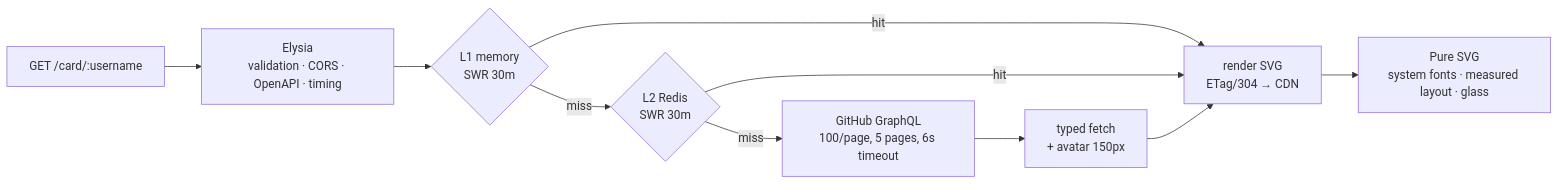
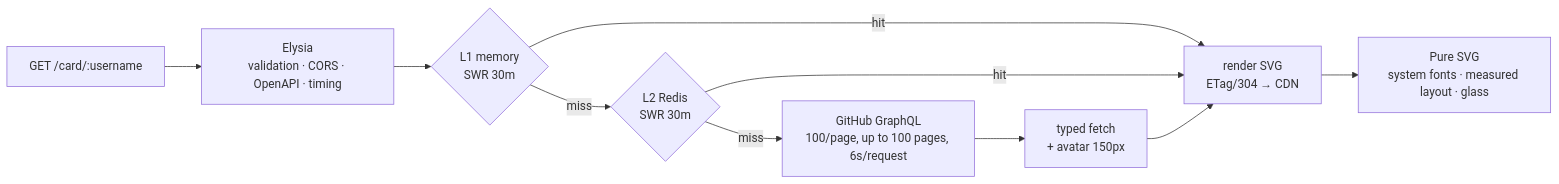
The diagram in README.md (ShiinaSaku/Github-Card), drawn with Mermaid before and after one commit. The commit also changed other lines of this file, not shown here.

````diff
--- a/README.md
+++ b/README.md
@@ -217,12 +244,12 @@
 ```mermaid
 flowchart LR
   A[GET /card/:username] --> B[Elysia<br/>validation · CORS · OpenAPI · timing]
   B --> C{L1 memory<br/>SWR 30m}
   C -- hit --> G[render SVG<br/>ETag/304 → CDN]
   C -- miss --> D{L2 Redis<br/>SWR 30m}
   D -- hit --> G
-  D -- miss --> E[GitHub GraphQL<br/>100/page, 5 pages, 6s timeout]
+  D -- miss --> E[GitHub GraphQL<br/>100/page, up to 100 pages, 6s/request]
   E --> F[typed fetch<br/>+ avatar 150px]
   F --> G
   G --> H[Pure SVG<br/>system fonts · measured layout · glass]
 ```
````
